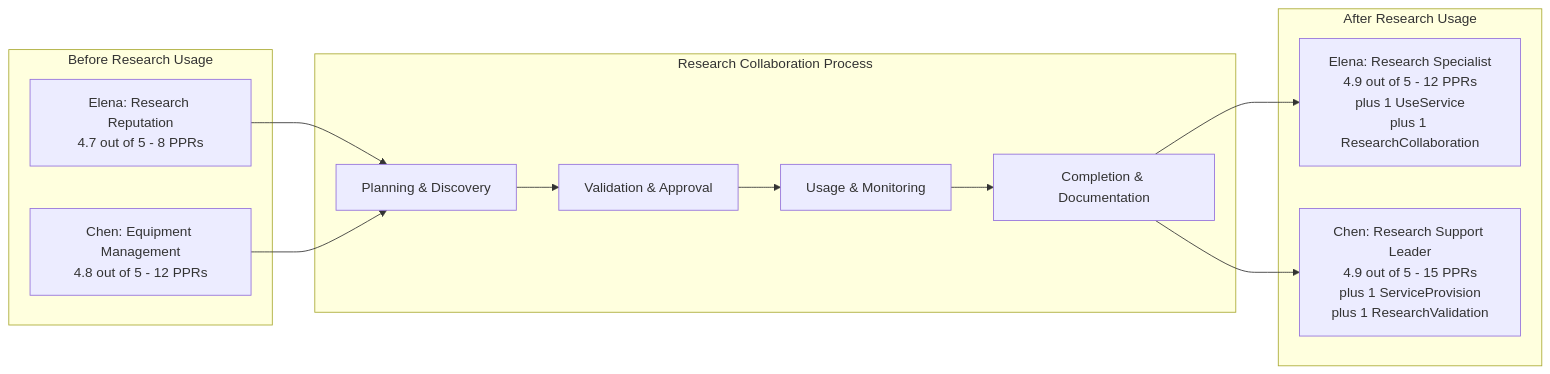
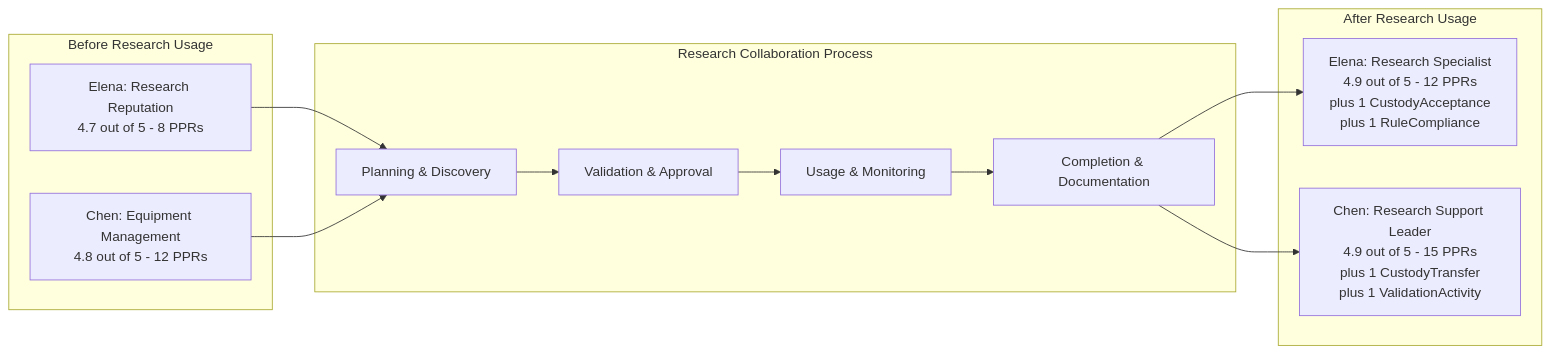
One commit to Sensorica/nondominium changed the ninth of 11 diagrams in documentation/Applications/user-story/user-story-open-science.md. Above: the diagram before and after it, drawn with Mermaid. The commit also changed other lines of this file and 99 other files, not shown here.

````diff
--- a/documentation/Applications/user-story/user-story-open-science.md
+++ b/documentation/Applications/user-story/user-story-open-science.md
@@ -305,28 +318,28 @@
 ```mermaid
 graph LR
     subgraph "Before Research Usage"
         Elena_Before["Elena: Research Reputation<br/>4.7 out of 5 - 8 PPRs"]
         Chen_Before["Chen: Equipment Management<br/>4.8 out of 5 - 12 PPRs"]
     end
 
     subgraph "Research Collaboration Process"
         Phase1[Planning & Discovery]
         Phase2[Validation & Approval]
         Phase3[Usage & Monitoring]
         Phase4[Completion & Documentation]
 
         Phase1 --> Phase2
         Phase2 --> Phase3
         Phase3 --> Phase4
     end
 
     subgraph "After Research Usage"
-        Elena_After["Elena: Research Specialist<br/>4.9 out of 5 - 12 PPRs<br/>plus 1 UseService<br/>plus 1 ResearchCollaboration"]
-        Chen_After["Chen: Research Support Leader<br/>4.9 out of 5 - 15 PPRs<br/>plus 1 ServiceProvision<br/>plus 1 ResearchValidation"]
+        Elena_After["Elena: Research Specialist<br/>4.9 out of 5 - 12 PPRs<br/>plus 1 CustodyAcceptance<br/>plus 1 RuleCompliance"]
+        Chen_After["Chen: Research Support Leader<br/>4.9 out of 5 - 15 PPRs<br/>plus 1 CustodyTransfer<br/>plus 1 ValidationActivity"]
     end
 
     Elena_Before --> Phase1
     Chen_Before --> Phase1
     Phase4 --> Elena_After
     Phase4 --> Chen_After
 ```
````
